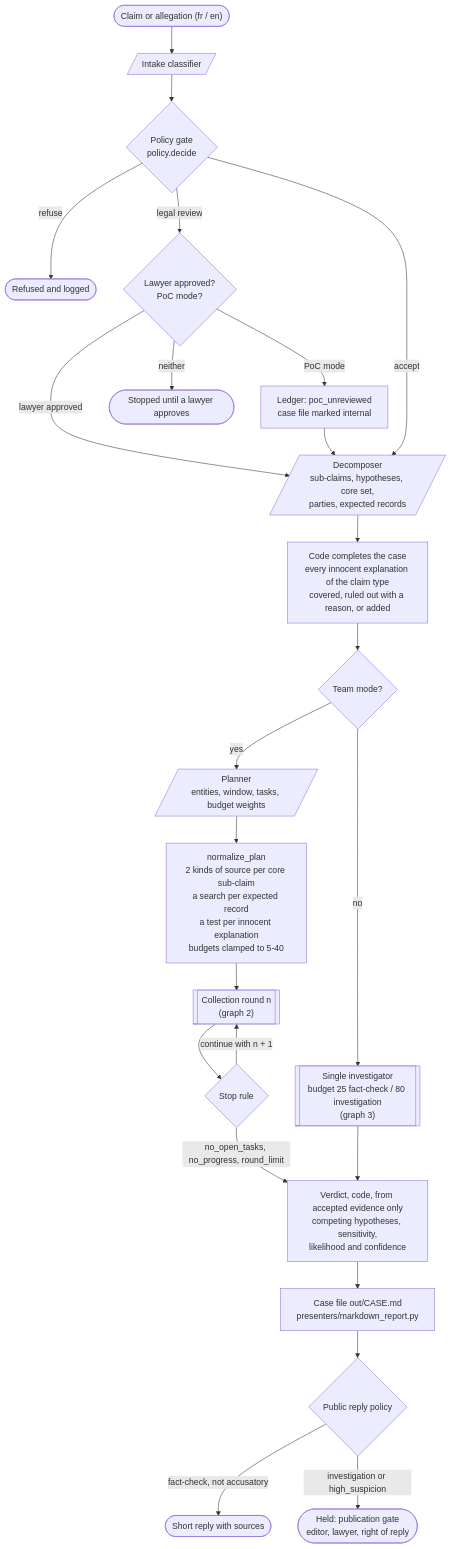
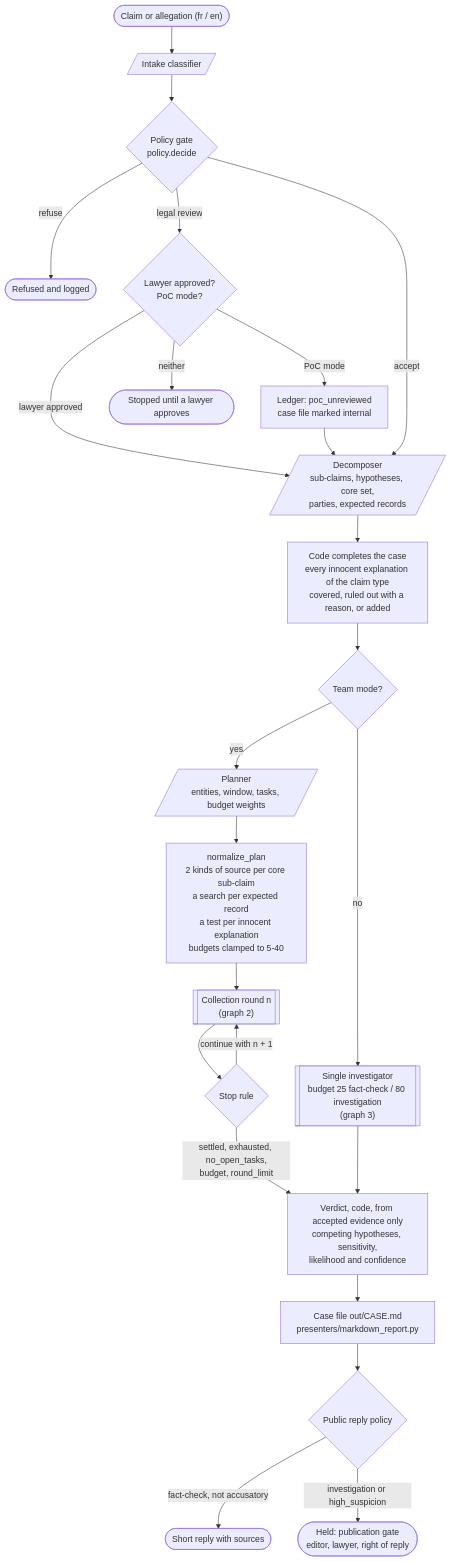
Before and after one commit to diya-thabet/Caligula: the first of 5 diagrams in docs/agent.md, drawn with Mermaid. The commit also changed other lines of this file and 2 other files, not shown here.

````diff
--- a/docs/agent.md
+++ b/docs/agent.md
@@ -36,26 +36,26 @@
 ```mermaid
 flowchart TD
     REQ(["Claim or allegation (fr / en)"]) --> CLS[/"Intake classifier"/]
     CLS --> GATE{"Policy gate<br/>policy.decide"}
     GATE -- refuse --> REF(["Refused and logged"])
     GATE -- "legal review" --> LR{"Lawyer approved?<br/>PoC mode?"}
     LR -- "lawyer approved" --> DEC
     LR -- "PoC mode" --> POC["Ledger: poc_unreviewed<br/>case file marked internal"]
     POC --> DEC
     LR -- neither --> HALT(["Stopped until a lawyer approves"])
     GATE -- accept --> DEC[/"Decomposer<br/>sub-claims, hypotheses, core set,<br/>parties, expected records"/]
     DEC --> INNO["Code completes the case<br/>every innocent explanation of the claim type<br/>covered, ruled out with a reason, or added"]
     INNO --> MODE{"Team mode?"}
     MODE -- no --> SINGLE[["Single investigator<br/>budget 25 fact-check / 80 investigation<br/>(graph 3)"]]
     MODE -- yes --> PLAN[/"Planner<br/>entities, window, tasks, budget weights"/]
     PLAN --> NORM["normalize_plan<br/>2 kinds of source per core sub-claim<br/>a search per expected record<br/>a test per innocent explanation<br/>budgets clamped to 5-40"]
     NORM --> ROUND[["Collection round n<br/>(graph 2)"]]
     ROUND --> STOP{"Stop rule"}
     STOP -- "continue with n + 1" --> ROUND
-    STOP -- "no_open_tasks, no_progress, round_limit" --> VER
+    STOP -- "settled, exhausted, no_open_tasks,<br/>budget, round_limit" --> VER
     SINGLE --> VER["Verdict, code, from accepted evidence only<br/>competing hypotheses, sensitivity,<br/>likelihood and confidence"]
     VER --> REP["Case file out/CASE.md<br/>presenters/markdown_report.py"]
     REP --> REPLY{"Public reply policy"}
     REPLY -- "fact-check, not accusatory" --> PUB(["Short reply with sources"])
     REPLY -- "investigation or high_suspicion" --> HOLD(["Held: publication gate<br/>editor, lawyer, right of reply"])
 ```
````
